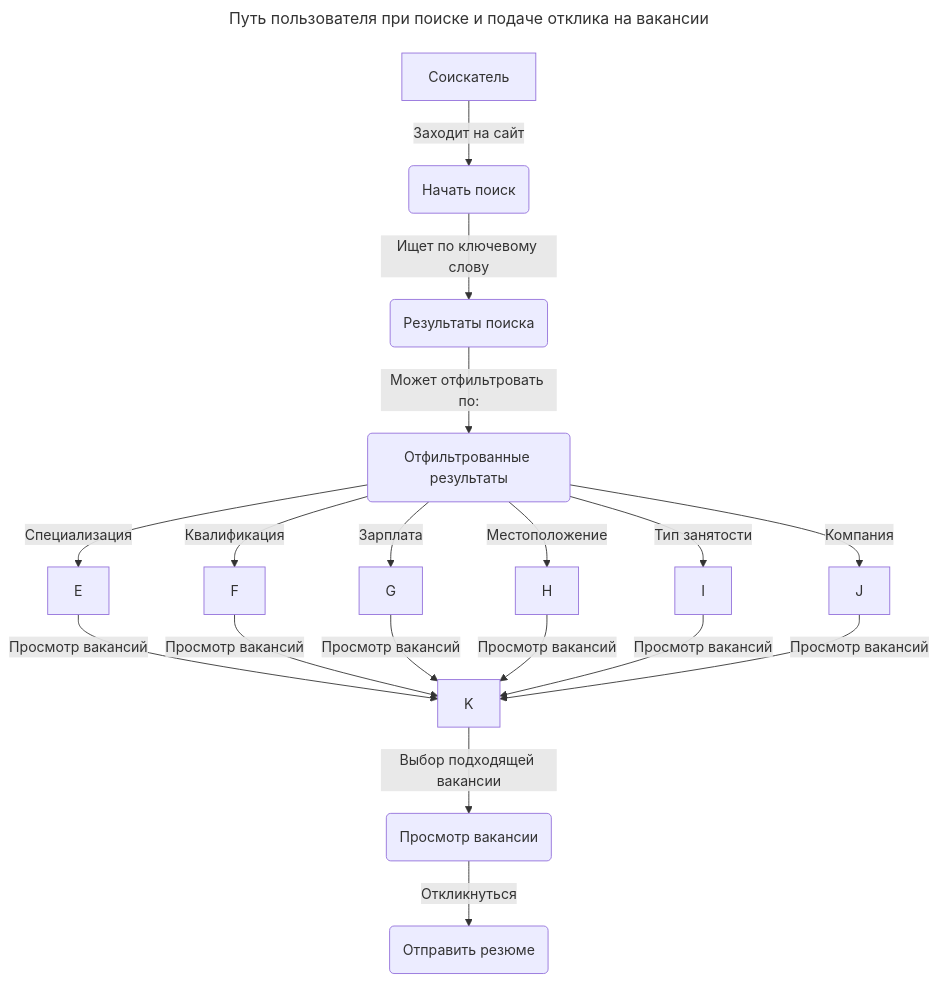
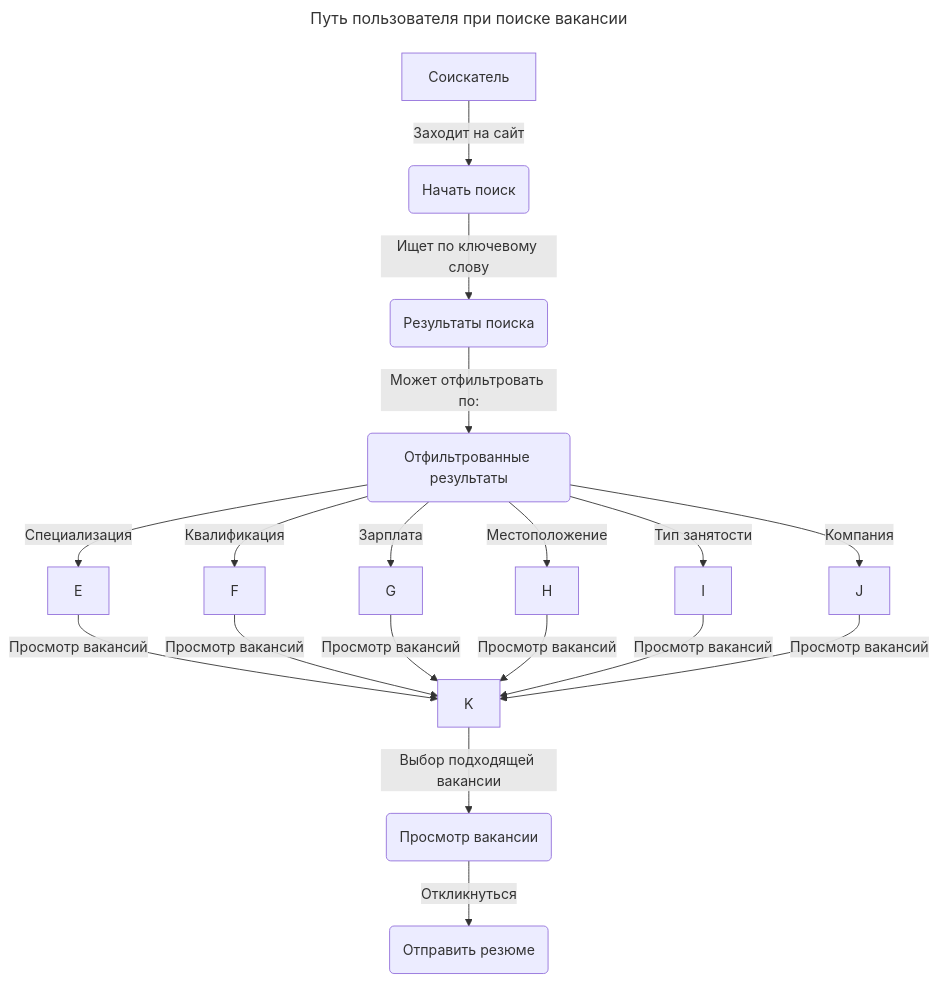
The diagram in README.md (EphimSh/careerhabr_tests), drawn with Mermaid before and after one commit.

````diff
--- a/README.md
+++ b/README.md
@@ -41,23 +41,23 @@
 ```mermaid
 ---
-title: "Путь пользователя при поиске и подаче отклика на вакансии"
+title: "Путь пользователя при поиске вакансии"
 ---
 graph TD
     A[Соискатель] -->|Заходит на сайт| B(Начать поиск)
     B -->|Ищет по ключевому слову| C(Результаты поиска)
     C -->|Может отфильтровать по:| D(Отфильтрованные результаты)
     D -->|Специализация| E
     D -->|Квалификация| F
     D -->|Зарплата| G
     D -->|Местоположение| H
     D -->|Тип занятости| I
     D -->|Компания| J
     E -->|Просмотр вакансий| K
     F -->|Просмотр вакансий| K
     G -->|Просмотр вакансий| K
     H -->|Просмотр вакансий| K
     I -->|Просмотр вакансий| K
     J -->|Просмотр вакансий| K
     K -->|Выбор подходящей вакансии| L(Просмотр вакансии)
     L -->|Откликнуться| M(Отправить резюме)
 ```
````
